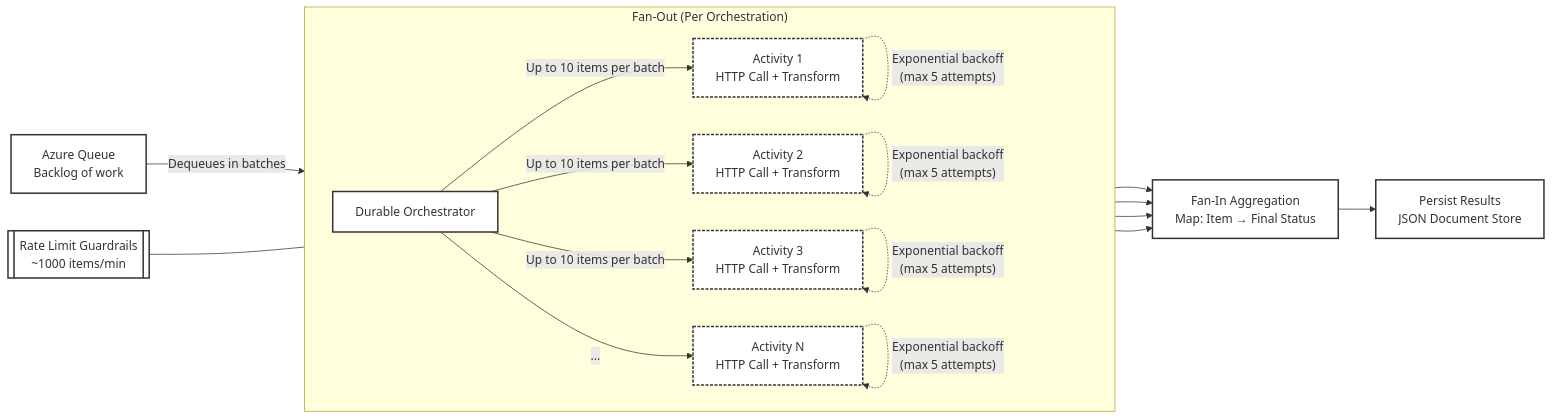
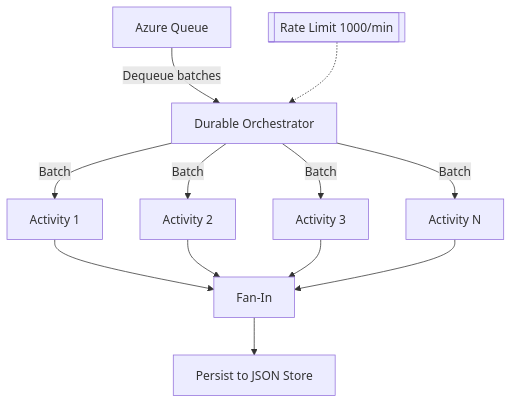
Before and after one commit to ds-brandao/personalWebsite: the diagram in blog-posts/fan-in-out.md, drawn with Mermaid. The commit also changed 15 other files, not shown here.

````diff
--- a/blog-posts/fan-in-out.md
+++ b/blog-posts/fan-in-out.md
@@ -22,33 +22,18 @@
 ```mermaid
-flowchart LR
-    %% Add styling for white boxes with dark text (consistent with other posts)
-    classDef default fill:#FFFFFF,stroke:#333,stroke-width:2px,color:#333
-    %% Ingress
-    A[Azure Queue<br/>Backlog of work] -->|Dequeues in batches| B[Durable Orchestrator]
-
-    %% Fan-Out
-    subgraph "Fan-Out (Per Orchestration)"
-      direction LR
-      B -->|Up to 10 items per batch| C1[Activity 1<br/>HTTP Call + Transform]
-      B -->|Up to 10 items per batch| C2[Activity 2<br/>HTTP Call + Transform]
-      B -->|Up to 10 items per batch| C3[Activity 3<br/>HTTP Call + Transform]
-      B -->|...| Cn[Activity N<br/>HTTP Call + Transform]
-    end
-
-    %% Retry/Backoff
-    classDef retry stroke-dasharray: 4 2
-    C1 -. Exponential backoff<br/>(max 5 attempts) .-> C1
-    C2 -. Exponential backoff<br/>(max 5 attempts) .-> C2
-    C3 -. Exponential backoff<br/>(max 5 attempts) .-> C3
-    Cn -. Exponential backoff<br/>(max 5 attempts) .-> Cn
-    class C1,C2,C3,Cn retry
-
-    %% Fan-In
-    C1 & C2 & C3 & Cn --> D[Fan-In Aggregation<br/>Map: Item → Final Status]
-
-    %% Egress
-    D --> E[Persist Results<br/>JSON Document Store]
-
-    %% Notes
-    F[[Rate Limit Guardrails<br/>~1000 items/min]] --- B
+flowchart TB
+    A[Azure Queue] -->|Dequeue batches| B[Durable Orchestrator]
+    
+    B -->|Batch| C1[Activity 1]
+    B -->|Batch| C2[Activity 2]
+    B -->|Batch| C3[Activity 3]
+    B -->|Batch| C4[Activity N]
+    
+    C1 --> D[Fan-In]
+    C2 --> D
+    C3 --> D
+    C4 --> D
+    
+    D --> E[Persist to JSON Store]
+    
+    F[[Rate Limit 1000/min]] -.-> B
 ```
````
